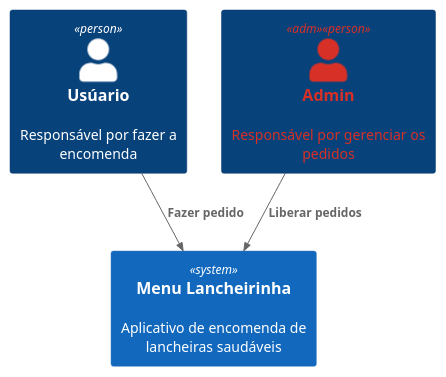
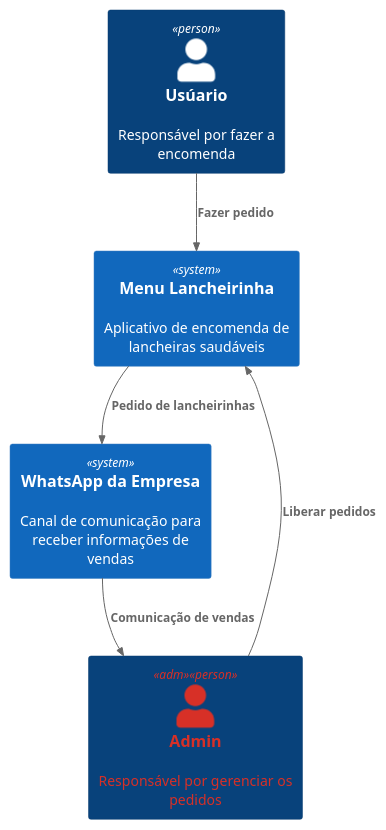
The first of 4 diagrams in c4Model_lanche.puml (willianmikhael/AppLancheirinha), drawn with PlantUML before and after one commit.

Commit message:
Alteracao C4Model_lanche

```diff
--- a/c4Model_lanche.puml
+++ b/c4Model_lanche.puml
@@ -1,13 +1,18 @@
 @startuml C4_Elements
 !include https://raw.githubusercontent.com/plantuml-stdlib/C4-PlantUML/master/C4_Container.puml
 
 AddElementTag("adm", $fontColor="#d73027")
 
 Person(personAlias, "Usúario", "Responsável por fazer a encomenda")
 System(mobile, "Menu Lancheirinha", "Aplicativo de encomenda de lancheiras saudáveis")
 
 Person(Admin, "Admin", "Responsável por gerenciar os pedidos", $tags="adm")
 
+System(whatsapp, "WhatsApp da Empresa", "Canal de comunicação para receber informações de vendas")
+
+Rel(mobile, whatsapp, "Pedido de lancheirinhas")
+Rel(whatsapp, Admin, "Comunicação de vendas")
+
 Rel(personAlias, mobile, "Fazer pedido")
 Rel(Admin, mobile, "Liberar pedidos")
 @enduml
```
